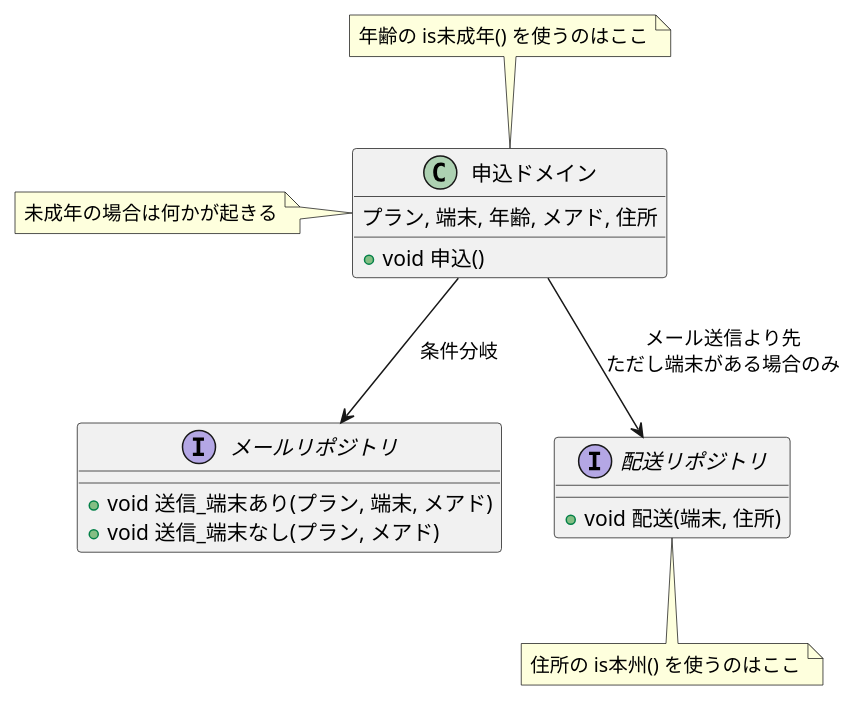
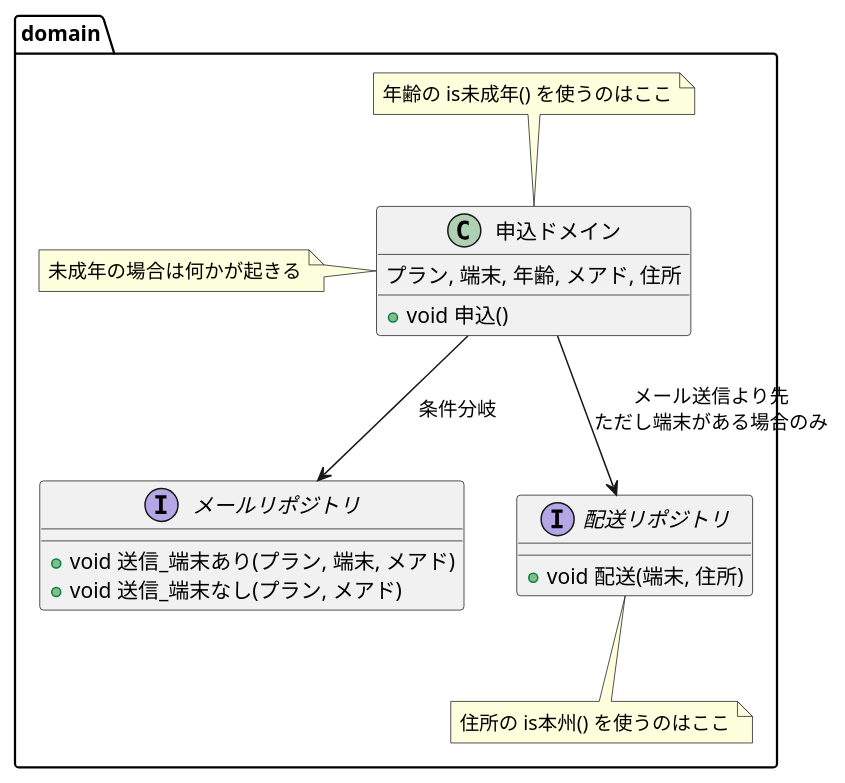
The diagram in 2-fat-domain.puml (suzuki-hoge/genbade-ddd-tokyo), drawn with PlantUML before and after one commit. The commit also changed 101 other files, not shown here.

```diff
--- a/2-fat-domain.puml
+++ b/2-fat-domain.puml
@@ -1,32 +1,34 @@
 @startuml
 
+package domain {
 class 申込ドメイン {
   プラン, 端末, 年齢, メアド, 住所
   + void 申込()
 }
 note "年齢の is未成年() を使うのはここ" as ドメインNote
 ドメインNote .d. 申込ドメイン
 note "未成年の場合は何かが起きる" as ドメインNote2
 ドメインNote2 .r. 申込ドメイン
 
 interface メールリポジトリ {
   + void 送信_端末あり(プラン, 端末, メアド)
   + void 送信_端末なし(プラン, メアド)
 }
 
 interface 配送リポジトリ {
   + void 配送(端末, 住所)
 }
 note "住所の is本州() を使うのはここ" as 配送Note
 配送Note .u. 配送リポジトリ
 
 申込ドメイン --> メールリポジトリ : 条件分岐
 申込ドメイン --> 配送リポジトリ : メール送信より先\nただし端末がある場合のみ
 
 メールリポジトリ -[hidden]r-> 配送リポジトリ
 
 ' メールリポジトリは呼び分け
 ' +2日は配送リポジトリの実装の中、絵からは欠落
 ' 未成年チェックは申込ドメインの中、絵からは欠落
+}
 
 @enduml
```
